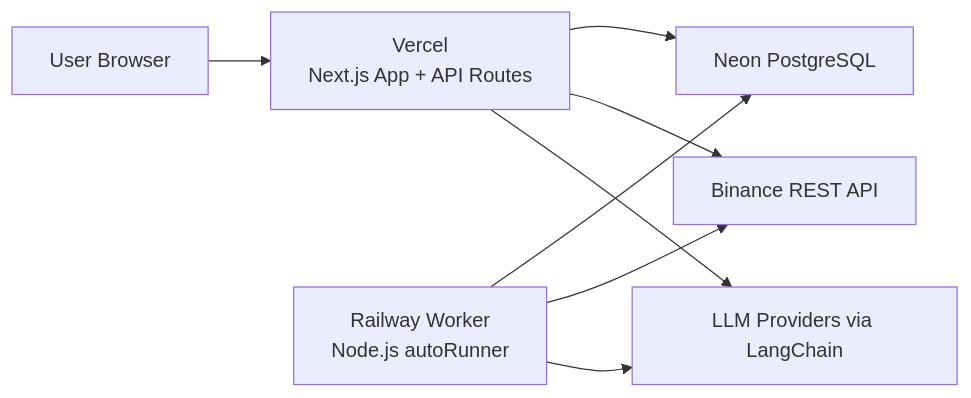
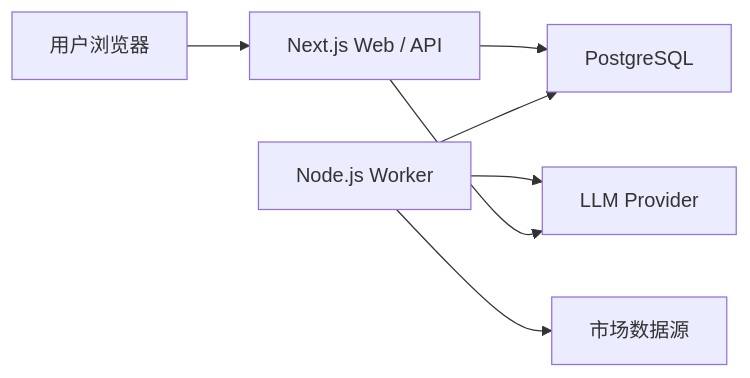
The first of 2 diagrams in README.md (CoderZHH/FINAI), drawn with Mermaid before and after one commit. The commit also changed other lines of this file and 99 other files, not shown here.

````diff
--- a/README.md
+++ b/README.md
@@ -46,10 +55,9 @@
 ```mermaid
 flowchart LR
-    U["User Browser"] --> V["Vercel<br/>Next.js App + API Routes"]
-    V --> N["Neon PostgreSQL"]
-    R["Railway Worker<br/>Node.js autoRunner"] --> N
-    R --> B["Binance REST API"]
-    V --> B
-    R --> L["LLM Providers via LangChain"]
-    V --> L
+    U["用户浏览器"] --> W["Next.js Web / API"]
+    W --> DB["PostgreSQL"]
+    WK["Node.js Worker"] --> DB
+    WK --> M["市场数据源"]
+    WK --> L["LLM Provider"]
+    W --> L
 ```
````
